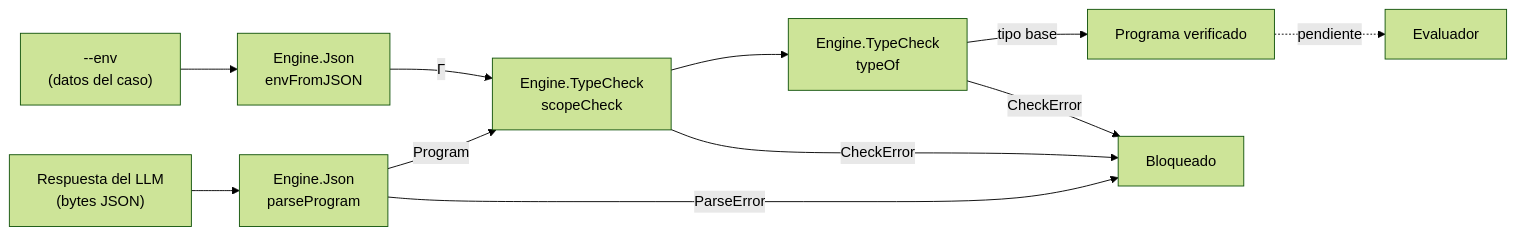
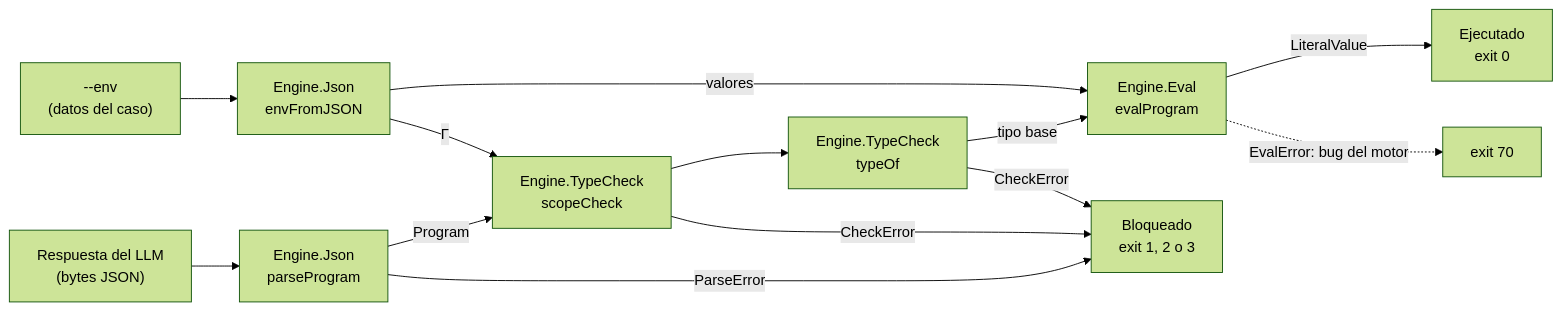
Before and after one commit to chinoavila/llm-lambda-determinism-verifier: the diagram in docs/guia-conceptos-fp.md, drawn with Mermaid (forest theme). The commit also changed other lines of this file and 7 other files, not shown here.

````diff
--- a/docs/guia-conceptos-fp.md
+++ b/docs/guia-conceptos-fp.md
@@ -36,13 +36,15 @@
 ```mermaid
 flowchart LR
     RAW["Respuesta del LLM<br/>(bytes JSON)"] --> P["Engine.Json<br/>parseProgram"]
     ENV["--env<br/>(datos del caso)"] --> E["Engine.Json<br/>envFromJSON"]
     P -->|"Program"| S["Engine.TypeCheck<br/>scopeCheck"]
     E -->|"Γ"| S
     S --> T["Engine.TypeCheck<br/>typeOf"]
-    T -->|"tipo base"| OK["Programa verificado"]
-    P -->|"ParseError"| B["Bloqueado"]
+    T -->|"tipo base"| EV["Engine.Eval<br/>evalProgram"]
+    E -->|"valores"| EV
+    P -->|"ParseError"| B["Bloqueado<br/>exit 1, 2 o 3"]
     S -->|"CheckError"| B
     T -->|"CheckError"| B
-    OK -.->|"pendiente"| EV["Evaluador"]
+    EV -->|"LiteralValue"| X["Ejecutado<br/>exit 0"]
+    EV -.->|"EvalError: bug del motor"| I["exit 70"]
 ```
````
